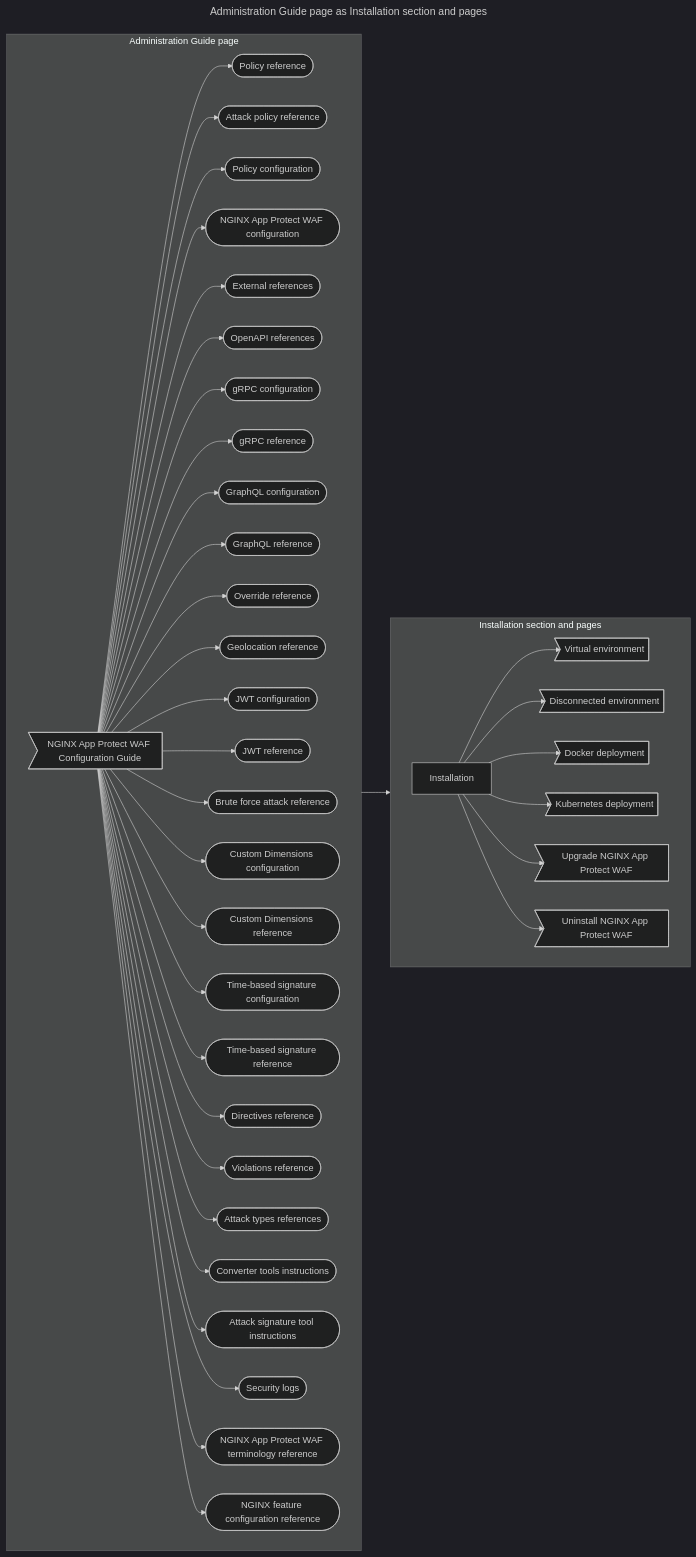
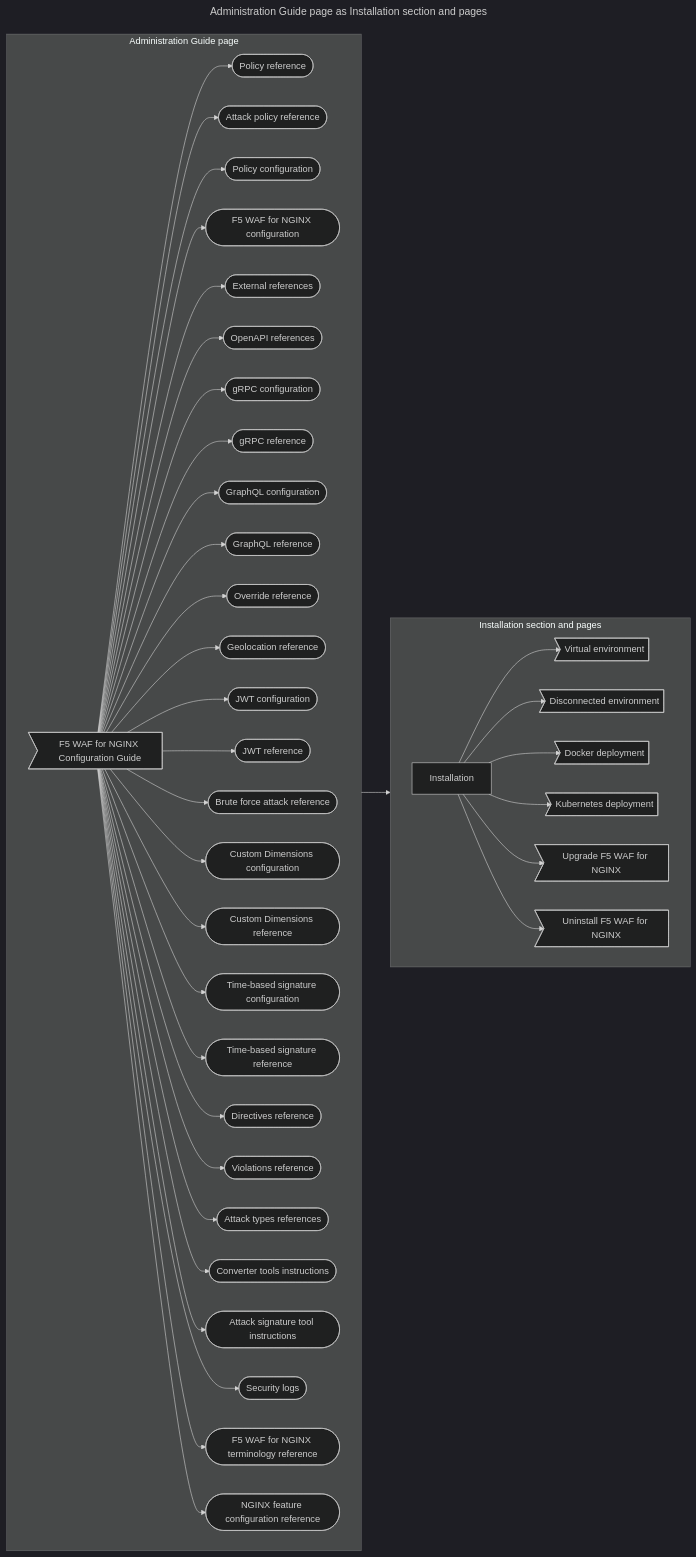
The sixth of 7 diagrams in documentation/proposals/DOP-001.md (zahava-brown/documentation), drawn with Mermaid (dark theme) before and after one commit. The commit also changed other lines of this file and 276 other files, not shown here.

First line of the commit message:
feat: F5 WAF for NGINX 5.9 Refactor (#949)

```diff
--- a/documentation/proposals/DOP-001.md
+++ b/documentation/proposals/DOP-001.md
@@ -349,11 +349,11 @@
  
     subgraph before[Administration Guide page]
         direction LR
-        4conp>NGINX App Protect WAF Configuration Guide]
+        4conp>F5 WAF for NGINX Configuration Guide]
         4conppref([Policy reference])
         4conparef([Attack policy reference])
         4conppcon([Policy configuration])
-        4conpwcon([NGINX App Protect WAF configuration])
+        4conpwcon([F5 WAF for NGINX configuration])
         4conpexr([External references])
         4conpoar([OpenAPI references])
         4conpgrpc([gRPC configuration])
@@ -375,7 +375,7 @@
         4conpcti([Converter tools instructions])
         4conpasti([Attack signature tool instructions])
         4conpsl([Security logs])
-        4conpterr([NGINX App Protect WAF terminology reference])
+        4conpterr([F5 WAF for NGINX terminology reference])
         4conpnconr([NGINX feature configuration reference])
         4conp --> 4conppref
         4conp --> 4conparef
@@ -413,8 +413,8 @@
         de>Disconnected environment]
         di>Docker deployment]
         ki>Kubernetes deployment]
-        upa>Upgrade NGINX App Protect WAF]
-        una>Uninstall NGINX App Protect WAF]
+        upa>Upgrade F5 WAF for NGINX]
+        una>Uninstall F5 WAF for NGINX]
         is --> vi
         is --> de
         is --> di
```
